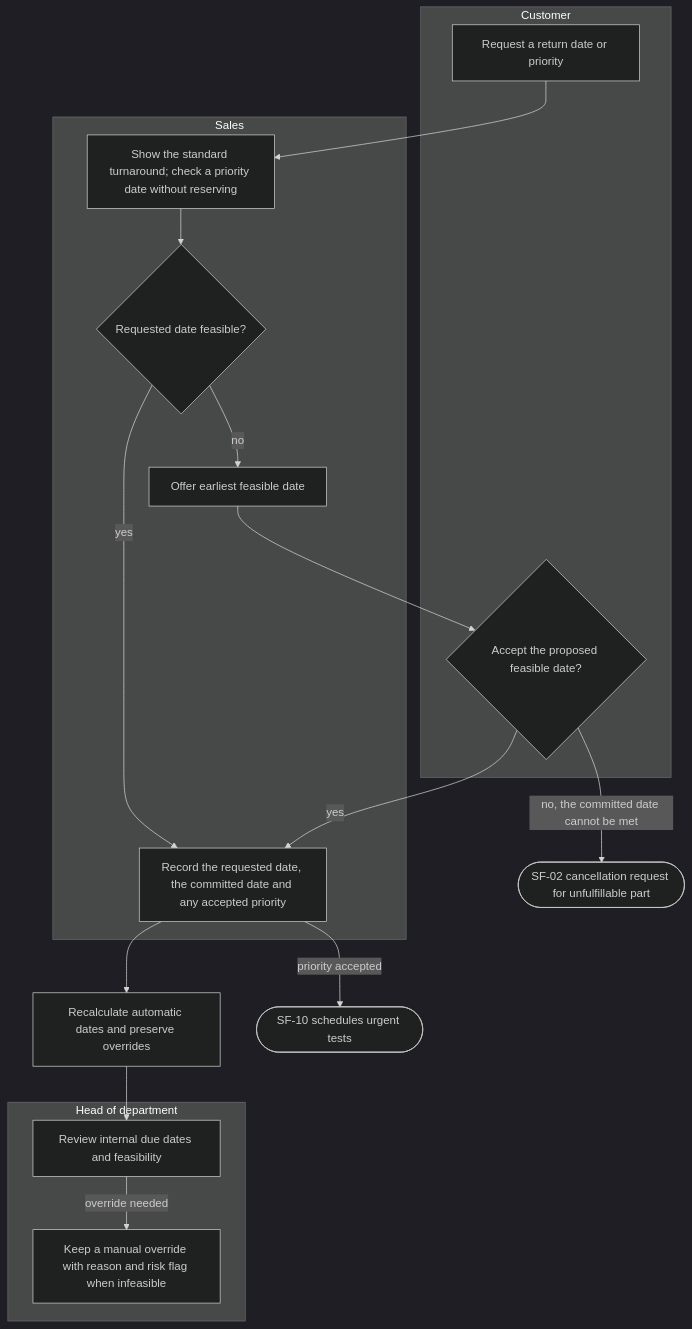
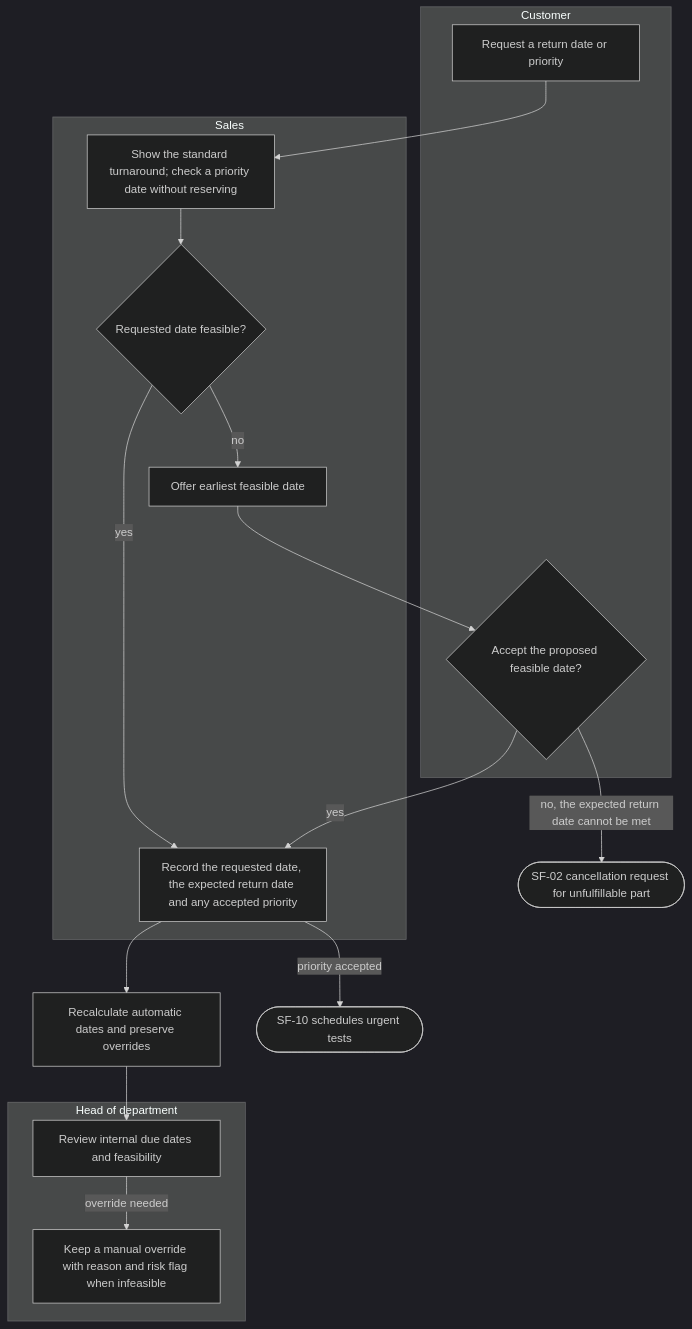
One commit to SoltuneMontepre/medilab changed diagram 13 of 17 in docs/functional/business-flows.md. Above: the diagram before and after it, drawn with Mermaid (dark theme). The commit also changed other lines of this file and 17 other files, not shown here.

Commit message:
[docs] Describe the Send quotation dialog and the expected return date

````diff
--- a/docs/functional/business-flows.md
+++ b/docs/functional/business-flows.md
@@ -628,25 +628,25 @@
 ```mermaid
 flowchart TD
     subgraph lane31 ["Customer"]
         c1[Request a return date or priority]
         c2{Accept the proposed feasible date?}
     end
     subgraph lane32 ["Sales"]
         s1[Show the standard turnaround; check a priority date without reserving]
         s2{Requested date feasible?}
         s3[Offer earliest feasible date]
-        s4[Record the requested date, the committed date and any accepted priority]
+        s4[Record the requested date, the expected return date and any accepted priority]
     end
     subgraph lane33 ["Head of department"]
         h1[Review internal due dates and feasibility]
         h2[Keep a manual override with reason and risk flag when infeasible]
     end
     c1 --> s1 --> s2
     s2 -->|yes| s4
     s2 -->|no| s3 --> c2
     c2 -->|yes| s4
-    c2 -->|no, the committed date cannot be met| cancel([SF-02 cancellation request for unfulfillable part])
+    c2 -->|no, the expected return date cannot be met| cancel([SF-02 cancellation request for unfulfillable part])
     s4 --> dates[Recalculate automatic dates and preserve overrides] --> h1
     h1 -->|override needed| h2
     s4 -->|priority accepted| urgent([SF-10 schedules urgent tests])
 ```
````
